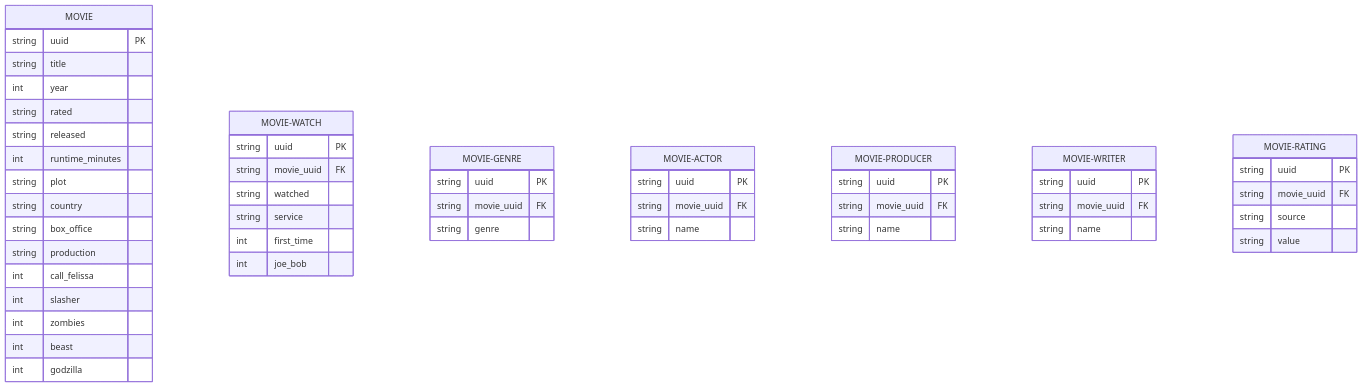
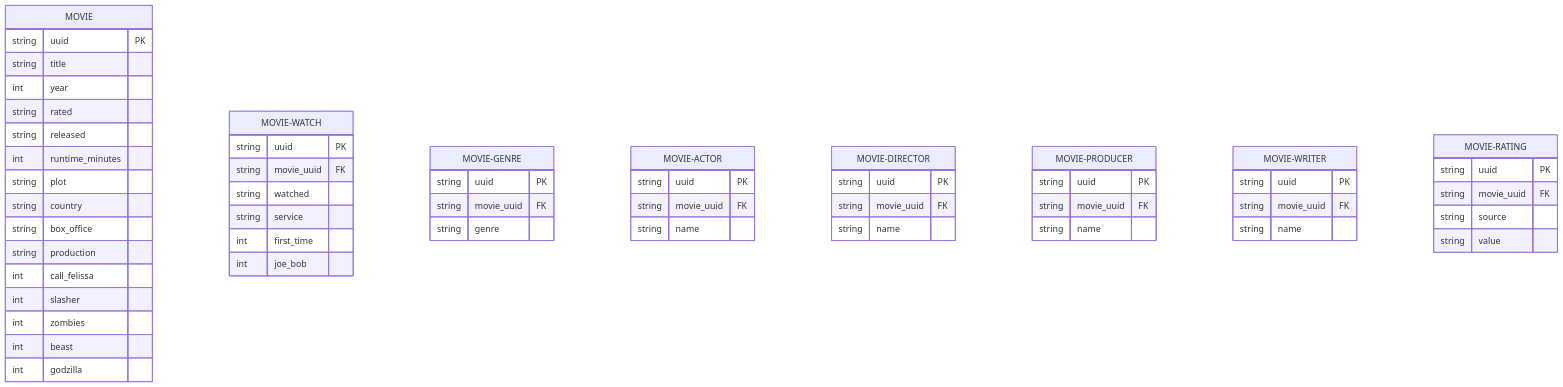
The diagram in README.md (timothyrenner/movies-app), drawn with Mermaid before and after one commit. The commit also changed 4 other files, not shown here.

````diff
--- a/README.md
+++ b/README.md
@@ -12,54 +12,59 @@
 ```mermaid
 erDiagram
 MOVIE {
     string uuid PK
     string title
     int year
     string rated
     string released
     int runtime_minutes
     string plot
     string country
     string box_office
     string production
     int call_felissa
     int slasher
     int zombies
     int beast
     int godzilla
 }
 MOVIE-WATCH {
     string uuid PK
     string movie_uuid FK
     string watched
     string service
     int first_time
     int joe_bob
 }
 MOVIE-GENRE {
     string uuid PK
     string movie_uuid FK
     string genre
 }
 MOVIE-ACTOR {
     string uuid PK
     string movie_uuid FK
     string name
 }
+MOVIE-DIRECTOR {
+    string uuid PK
+    string movie_uuid FK
+    string name
+}
 MOVIE-PRODUCER {
     string uuid PK
     string movie_uuid FK
     string name
 }
 MOVIE-WRITER {
     string uuid PK
     string movie_uuid FK
     string name
 }
 MOVIE-RATING {
     string uuid PK
     string movie_uuid FK
     string source
     string value
 }
 ```
````
